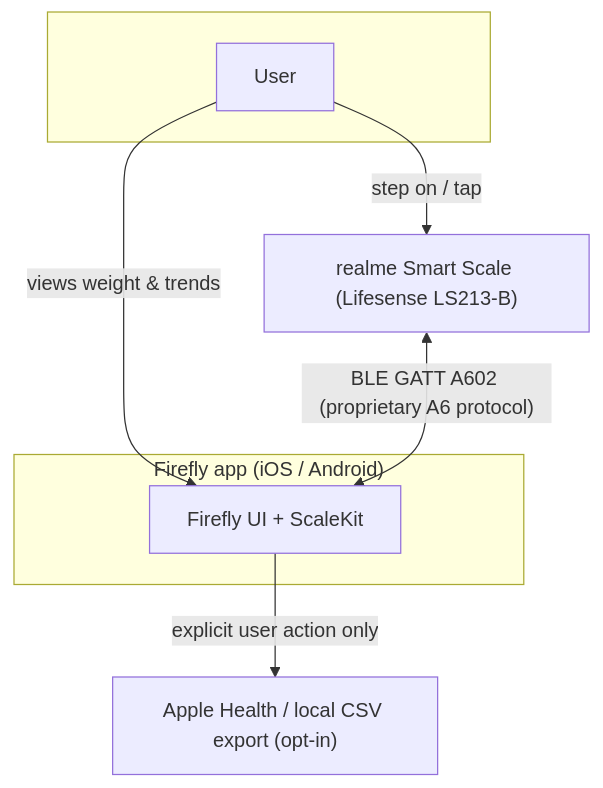
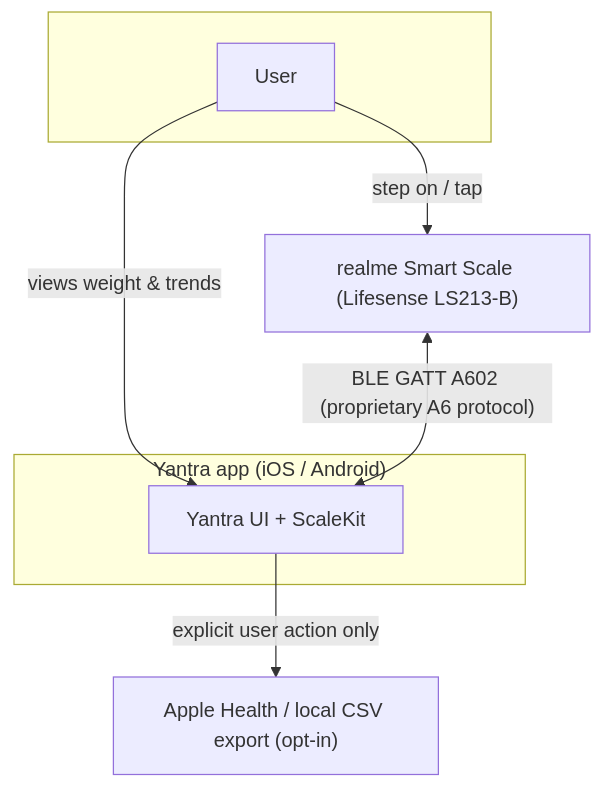
One commit to kulkahr/yantra changed the first of 9 diagrams in docs/DIAGRAMS.md. Above: the diagram before and after it, drawn with Mermaid. The commit also changed other lines of this file and 29 other files, not shown here.

First line of the commit message:
Rebrand Firefly to Yantra across app, tests, docs and bundle id

````diff
--- a/docs/DIAGRAMS.md
+++ b/docs/DIAGRAMS.md
@@ -7,16 +7,16 @@
 ```mermaid
 graph TB
     subgraph Users[" "]
         U[User]
     end
-    subgraph Firefly["Firefly app (iOS / Android)"]
-        APP[Firefly UI + ScaleKit]
+    subgraph Yantra["Yantra app (iOS / Android)"]
+        APP[Yantra UI + ScaleKit]
     end
     SCALE["realme Smart Scale (Lifesense LS213-B)"]
     HK["Apple Health / local CSV export (opt-in)"]
 
     U -->|step on / tap| SCALE
     U -->|views weight & trends| APP
     SCALE <-->|"BLE GATT A602 (proprietary A6 protocol)"| APP
     APP -->|"explicit user action only"| HK
 ```
````
